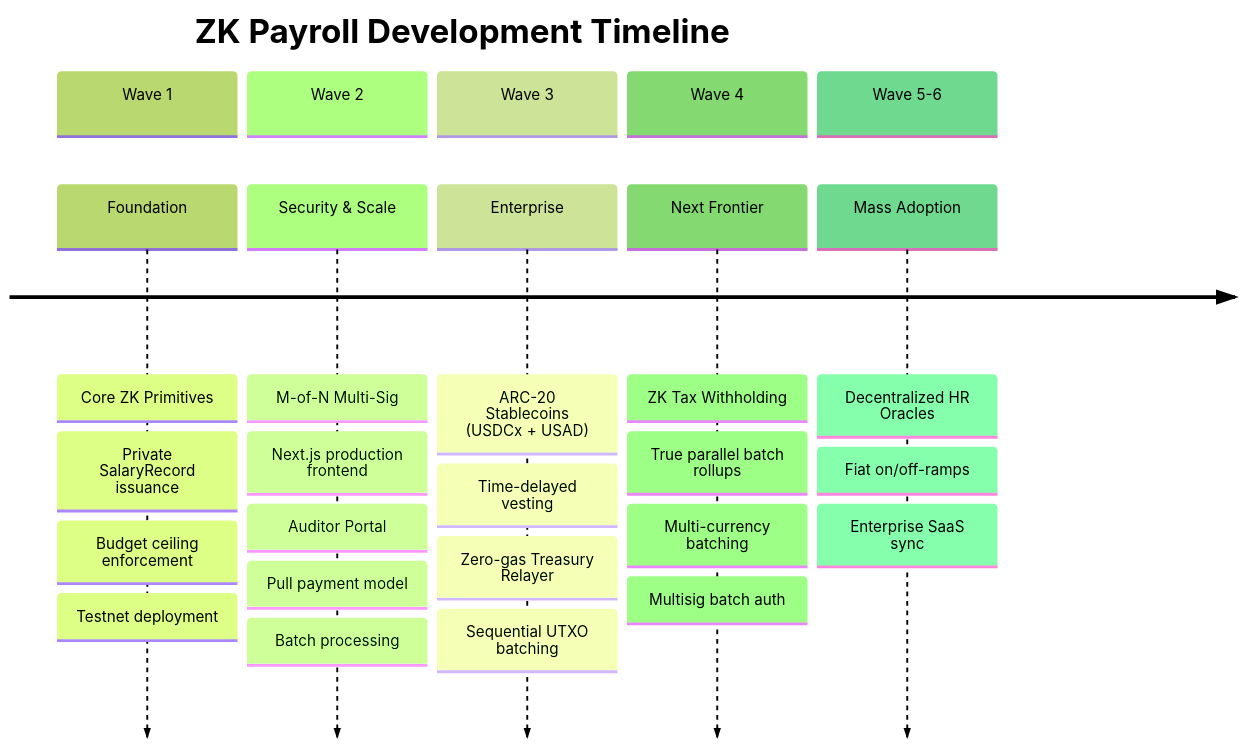
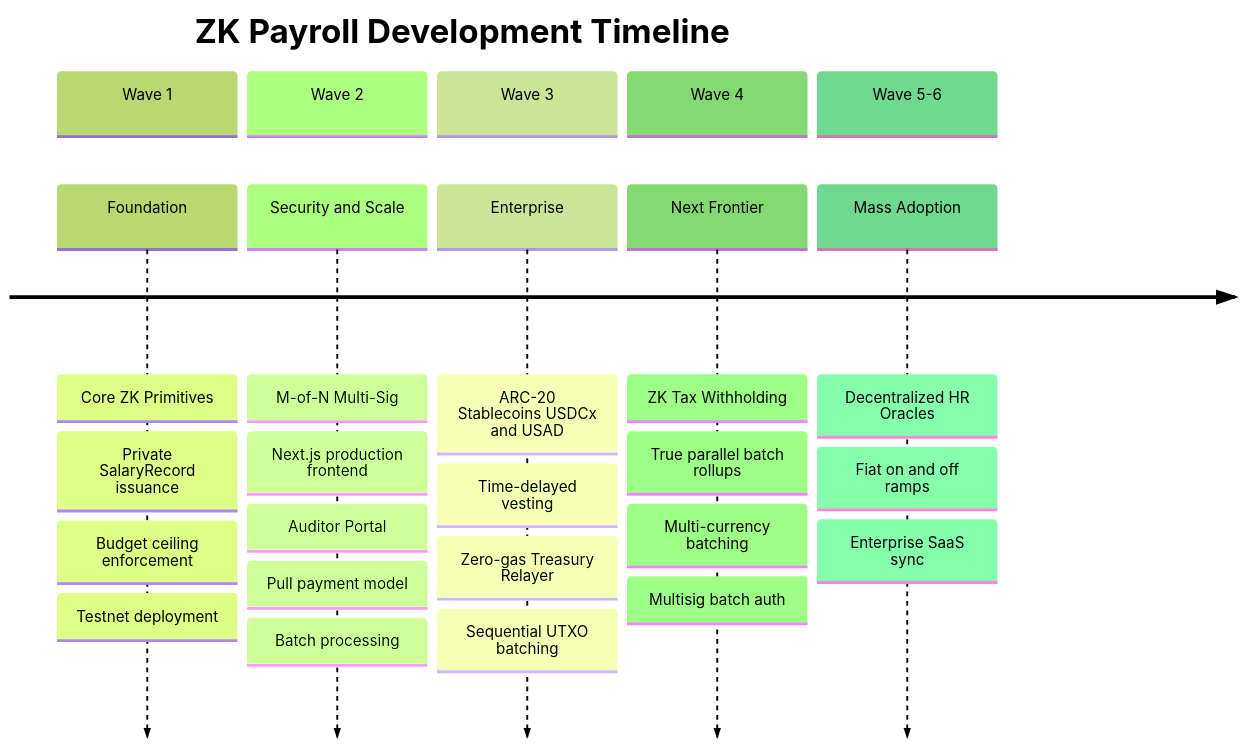
Before and after one commit to PhanTom497/zk_payroll: the fifth of 6 diagrams in README.md, drawn with Mermaid (forest theme). The commit also changed other lines of this file, not shown here.

````diff
--- a/README.md
+++ b/README.md
@@ -371,34 +374,29 @@
 ```mermaid
 timeline
     title ZK Payroll Development Timeline
-    
     section Wave 1
         Foundation : Core ZK Primitives
                    : Private SalaryRecord issuance
                    : Budget ceiling enforcement
                    : Testnet deployment
-    
     section Wave 2
-        Security & Scale : M-of-N Multi-Sig
-                         : Next.js production frontend
-                         : Auditor Portal
-                         : Pull payment model
-                         : Batch processing
-    
+        Security and Scale : M-of-N Multi-Sig
+                           : Next.js production frontend
+                           : Auditor Portal
+                           : Pull payment model
+                           : Batch processing
     section Wave 3
-        Enterprise : ARC-20 Stablecoins (USDCx + USAD)
+        Enterprise : ARC-20 Stablecoins USDCx and USAD
                    : Time-delayed vesting
                    : Zero-gas Treasury Relayer
                    : Sequential UTXO batching
-    
     section Wave 4
         Next Frontier : ZK Tax Withholding
                       : True parallel batch rollups
                       : Multi-currency batching
                       : Multisig batch auth
-    
     section Wave 5-6
         Mass Adoption : Decentralized HR Oracles
-                      : Fiat on/off-ramps
+                      : Fiat on and off ramps
                       : Enterprise SaaS sync
 ```
````
